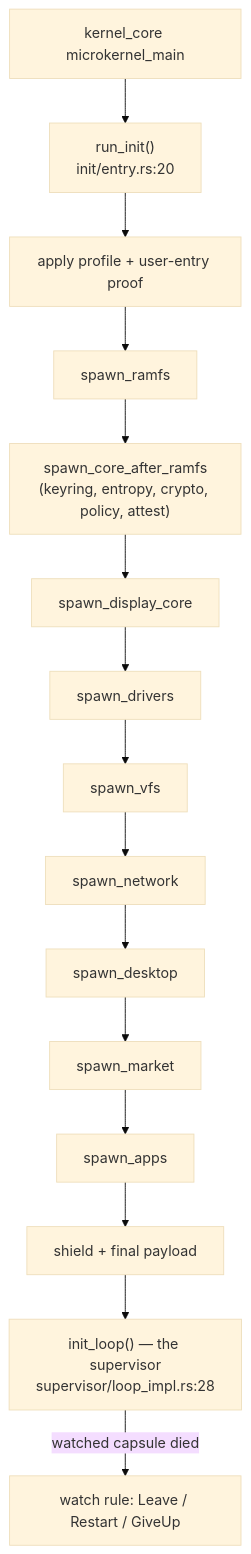
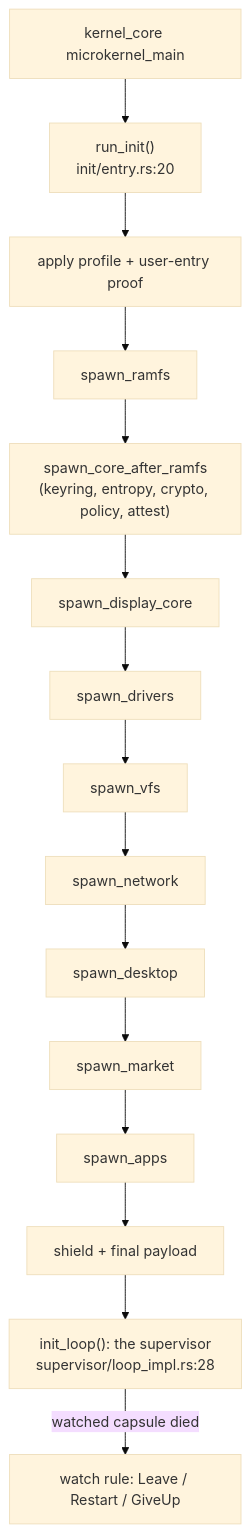
Before and after one commit to NON-OS/microkernel: the diagram in docs/internals/userspace.md, drawn with Mermaid (base theme). The commit also changed other lines of this file and 16 other files, not shown here.

````diff
--- a/docs/internals/userspace.md
+++ b/docs/internals/userspace.md
@@ -9,17 +9,17 @@
 ```mermaid
 flowchart TB
     mm["kernel_core microkernel_main"] --> ri["run_init()<br/>init/entry.rs:20"]
     ri --> prof["apply profile + user-entry proof"]
     prof --> ram["spawn_ramfs"]
     ram --> core["spawn_core_after_ramfs<br/>(keyring, entropy, crypto, policy, attest)"]
     core --> disp["spawn_display_core"]
     disp --> drv["spawn_drivers"]
     drv --> vfs["spawn_vfs"]
     vfs --> net["spawn_network"]
     net --> desk["spawn_desktop"]
     desk --> mkt["spawn_market"]
     mkt --> apps["spawn_apps"]
     apps --> shield["shield + final payload"]
-    shield --> loop["init_loop() — the supervisor<br/>supervisor/loop_impl.rs:28"]
+    shield --> loop["init_loop(): the supervisor<br/>supervisor/loop_impl.rs:28"]
     loop -->|watched capsule died| restart["watch rule: Leave / Restart / GiveUp"]
 ```
````
